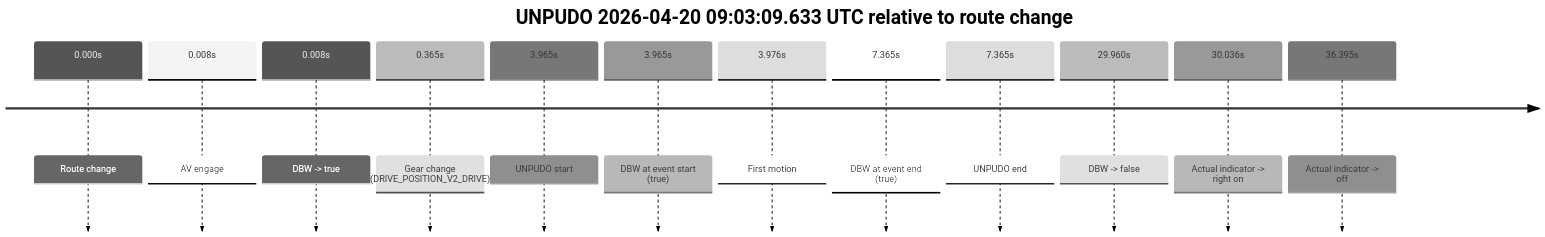
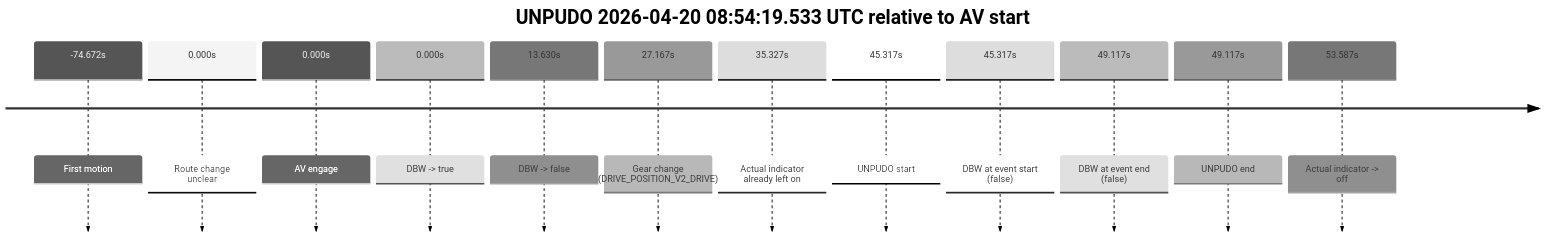
The second of 8 diagrams in model_analysis/report_cards/2026/04/Week-4/fme20007--2026-04-20--08-33-29--gen2-av-606e1613-95e0-41ca-aff3-36aa6590a0a1.md (yoelshapiro/vault), drawn with Mermaid (neutral theme) before and after one commit. The commit also changed other lines of this file and 53 other files, not shown here.

````diff
--- a/model_analysis/report_cards/2026/04/Week-4/fme20007--2026-04-20--08-33-29--gen2-av-606e1613-95e0-41ca-aff3-36aa6590a0a1.md
+++ b/model_analysis/report_cards/2026/04/Week-4/fme20007--2026-04-20--08-33-29--gen2-av-606e1613-95e0-41ca-aff3-36aa6590a0a1.md
@@ -134,16 +136,16 @@
 ```mermaid
 timeline
-    title UNPUDO 2026-04-20 09:03:09.633 UTC relative to route change
-    0.000s : Route change
-    0.008s : AV engage
-    0.008s : DBW -> true
-    0.365s : Gear change (DRIVE_POSITION_V2_DRIVE)
-    3.965s : UNPUDO start
-    3.965s : DBW at event start (true)
-    3.976s : First motion
-    7.365s : DBW at event end (true)
-    7.365s : UNPUDO end
-    29.960s : DBW -> false
-    30.036s : Actual indicator -> right on
-    36.395s : Actual indicator -> off
+    title UNPUDO 2026-04-20 08:54:19.533 UTC relative to AV start
+    -74.672s : First motion
+    0.000s : Route change unclear
+    0.000s : AV engage
+    0.000s : DBW -> true
+    13.630s : DBW -> false
+    27.167s : Gear change (DRIVE_POSITION_V2_DRIVE)
+    35.327s : Actual indicator already left on
+    45.317s : UNPUDO start
+    45.317s : DBW at event start (false)
+    49.117s : DBW at event end (false)
+    49.117s : UNPUDO end
+    53.587s : Actual indicator -> off
 ```
````
